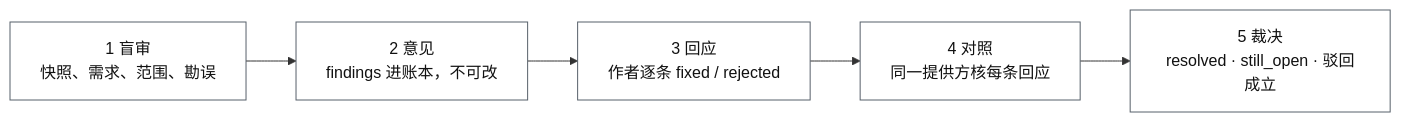
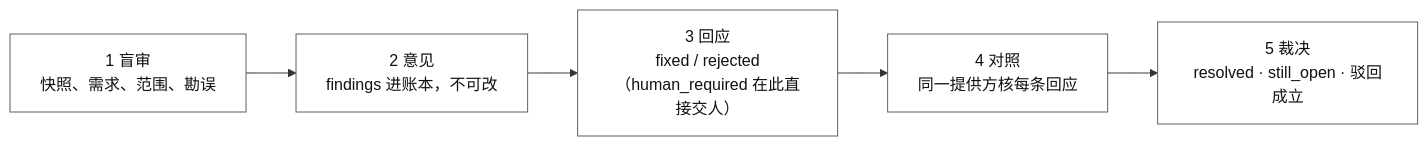
The second of 3 diagrams in docs/overview.zh.md (fengjiachun/review-bridge), drawn with Mermaid before and after one commit. The commit also changed other lines of this file and 1 other file, not shown here.

````diff
--- a/docs/overview.zh.md
+++ b/docs/overview.zh.md
@@ -69,9 +69,9 @@
 ```mermaid
 flowchart LR
   A["1 盲审<br/>快照、需求、范围、勘误"] --> B["2 意见<br/>findings 进账本，不可改"]
-  B --> C["3 回应<br/>作者逐条 fixed / rejected"]
+  B --> C["3 回应<br/>fixed / rejected（human_required 在此直接交人）"]
   C --> D["4 对照<br/>同一提供方核每条回应"]
   D --> E["5 裁决<br/>resolved · still_open · 驳回成立"]
   classDef n fill:#ffffff,stroke:#57606a,stroke-width:1px,color:#111111;
   class A,B,C,D,E n;
 ```
````
